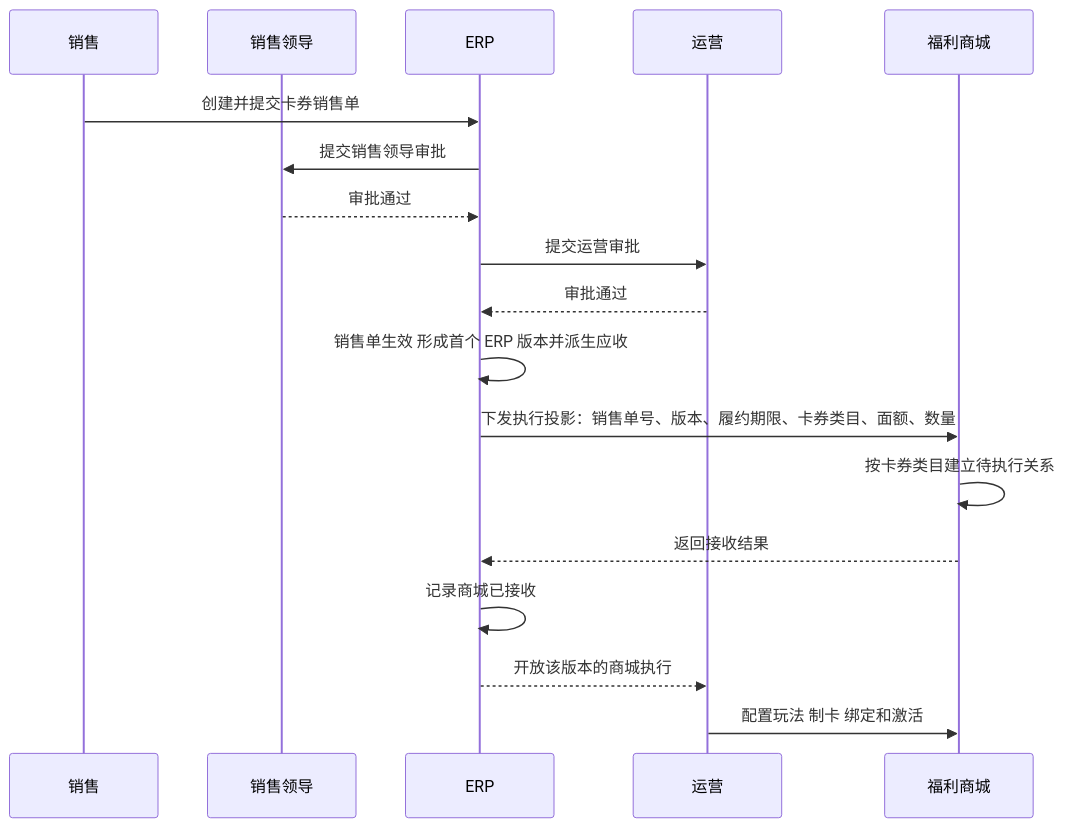
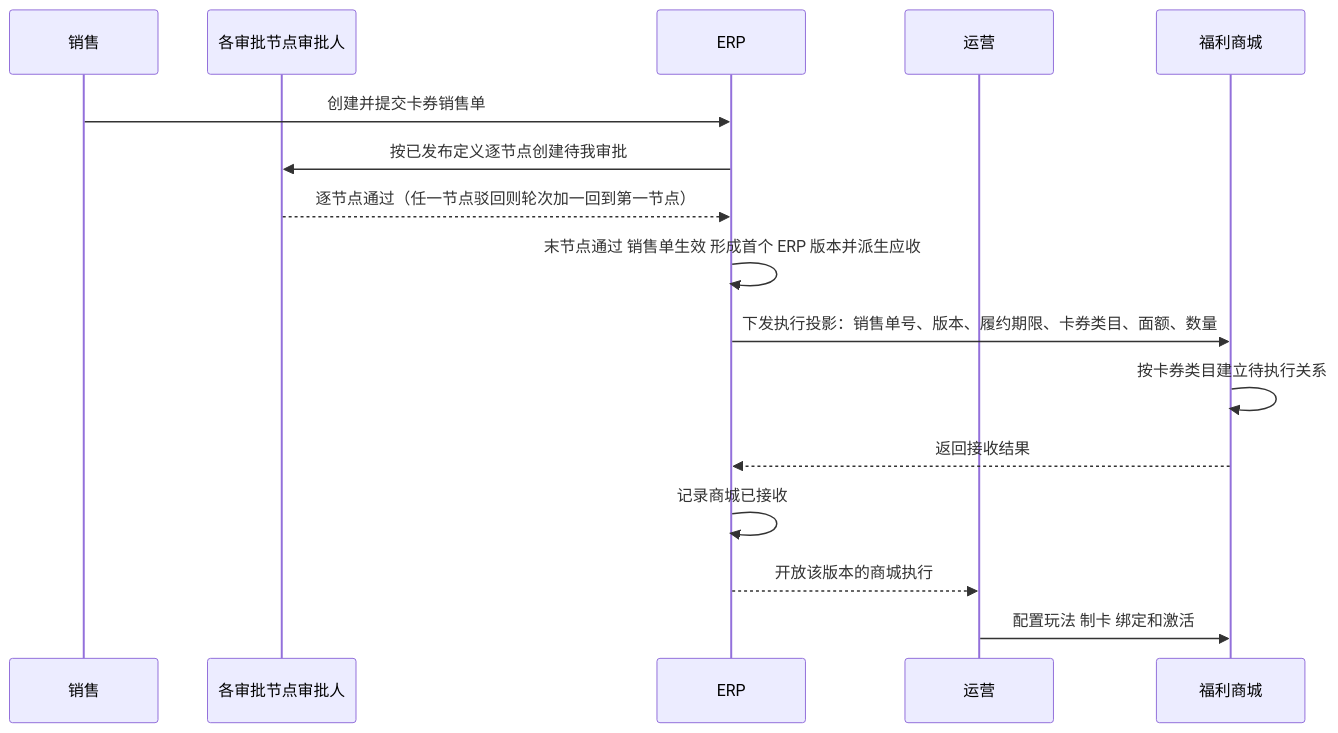
The third of 5 diagrams in docs/erp-phase-2.md (mztlive/erp), drawn with Mermaid before and after one commit. The commit also changed other lines of this file and 48 other files, not shown here.

````diff
--- a/docs/erp-phase-2.md
+++ b/docs/erp-phase-2.md
@@ -442,21 +451,19 @@
 ```mermaid
 sequenceDiagram
   participant 销售
-  participant 领导 as 销售领导
+  participant 审批人 as 各审批节点审批人
   participant ERP
   participant 运营
   participant 商城 as 福利商城
 
   销售->>ERP: 创建并提交卡券销售单
-  ERP->>领导: 提交销售领导审批
-  领导-->>ERP: 审批通过
-  ERP->>运营: 提交运营审批
-  运营-->>ERP: 审批通过
-  ERP->>ERP: 销售单生效 形成首个 ERP 版本并派生应收
+  ERP->>审批人: 按已发布定义逐节点创建待我审批
+  审批人-->>ERP: 逐节点通过（任一节点驳回则轮次加一回到第一节点）
+  ERP->>ERP: 末节点通过 销售单生效 形成首个 ERP 版本并派生应收
   ERP->>商城: 下发执行投影：销售单号、版本、履约期限、卡券类目、面额、数量
   商城->>商城: 按卡券类目建立待执行关系
   商城-->>ERP: 返回接收结果
   ERP->>ERP: 记录商城已接收
   ERP-->>运营: 开放该版本的商城执行
   运营->>商城: 配置玩法 制卡 绑定和激活
 ```
````
